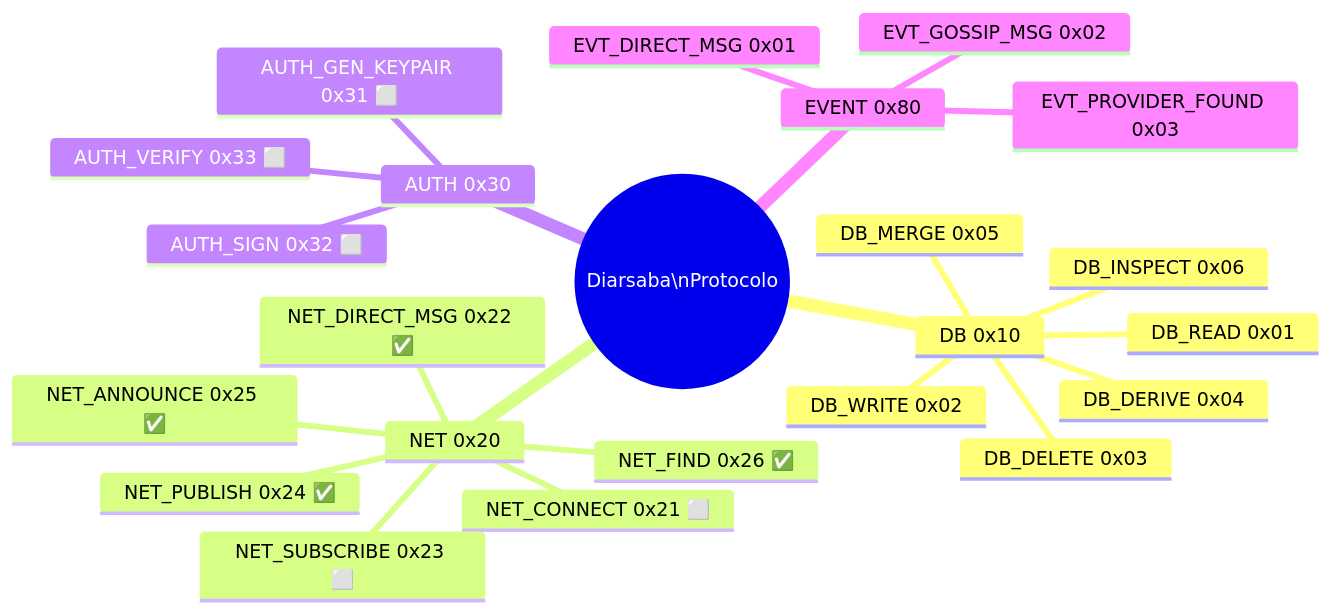
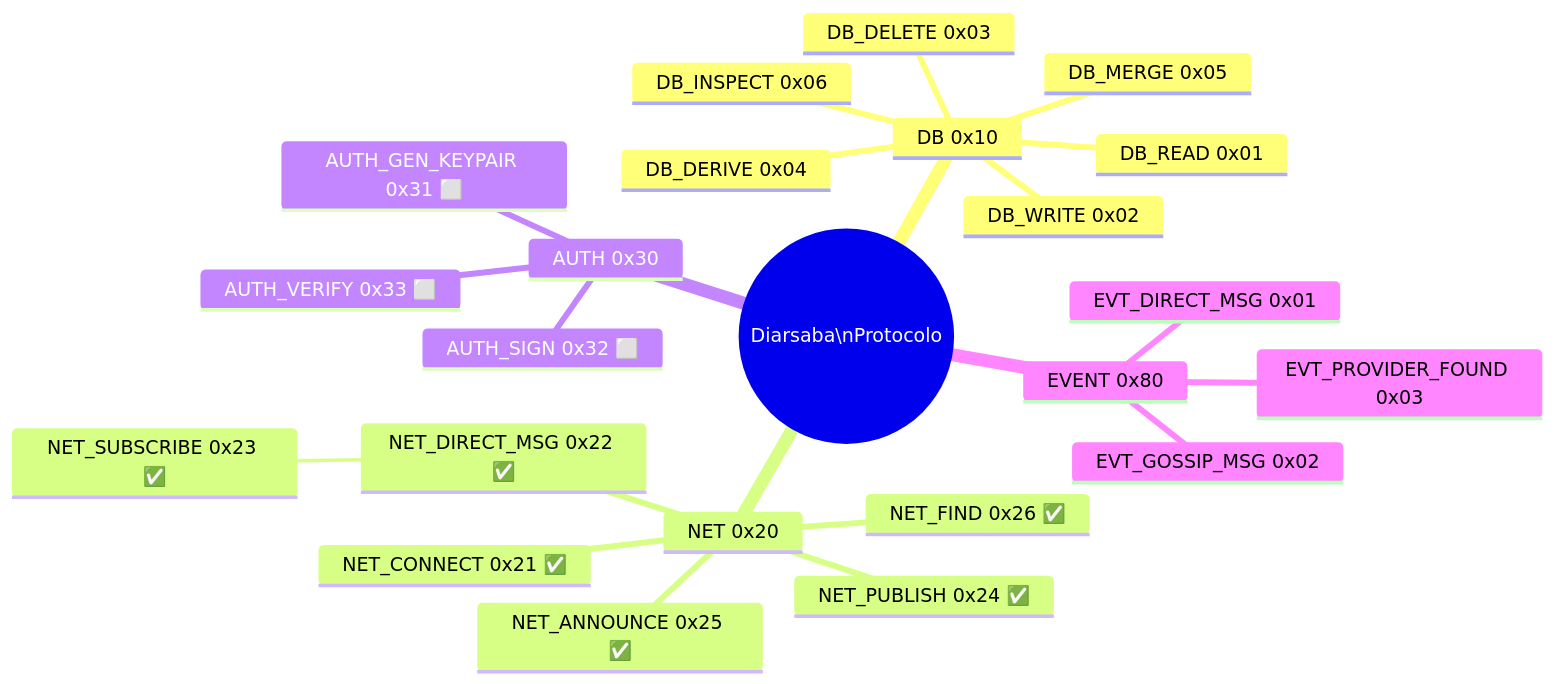
Before and after one commit to DiegoSandival/diarsaba: the fifth of 6 diagrams in docs/diagrama-arquitectura.md, drawn with Mermaid. The commit also changed 5 other files, not shown here.

````diff
--- a/docs/diagrama-arquitectura.md
+++ b/docs/diagrama-arquitectura.md
@@ -138,26 +138,26 @@
 ```mermaid
 mindmap
   root((Diarsaba\nProtocolo))
     DB 0x10
       DB_READ 0x01
       DB_WRITE 0x02
       DB_DELETE 0x03
       DB_DERIVE 0x04
       DB_MERGE 0x05
       DB_INSPECT 0x06
     NET 0x20
+            NET_CONNECT 0x21 ✅
       NET_DIRECT_MSG 0x22 ✅
+            NET_SUBSCRIBE 0x23 ✅
       NET_PUBLISH 0x24 ✅
       NET_ANNOUNCE 0x25 ✅
       NET_FIND 0x26 ✅
-      NET_CONNECT 0x21 ⬜
-      NET_SUBSCRIBE 0x23 ⬜
     AUTH 0x30
       AUTH_GEN_KEYPAIR 0x31 ⬜
       AUTH_SIGN 0x32 ⬜
       AUTH_VERIFY 0x33 ⬜
     EVENT 0x80
       EVT_DIRECT_MSG 0x01
       EVT_GOSSIP_MSG 0x02
       EVT_PROVIDER_FOUND 0x03
 ```
````
